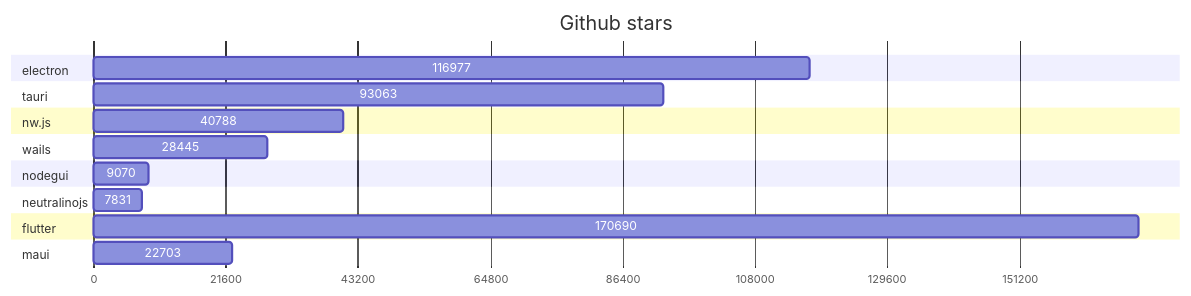
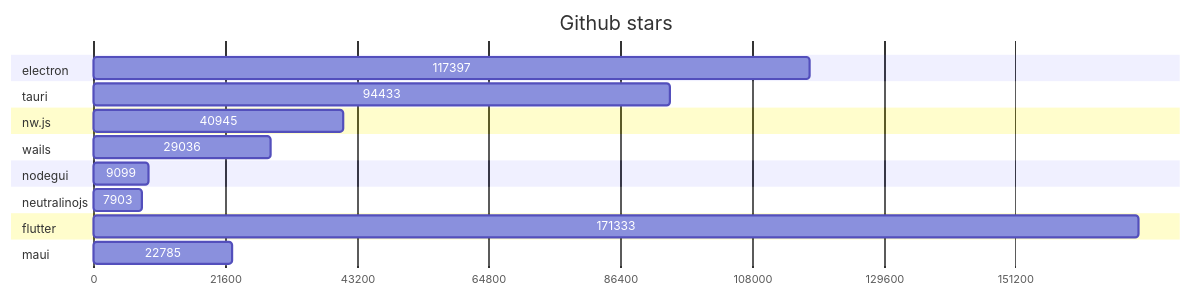
Before and after one commit to Elanis/web-to-desktop-framework-comparison: the first of 2 diagrams in GRAPHS.md, drawn with Mermaid. The commit also changed other lines of this file and 2 other files, not shown here.

Commit message:
Update stars & Fork

````diff
--- a/GRAPHS.md
+++ b/GRAPHS.md
@@ -5,40 +5,40 @@
 ```mermaid
 gantt
     title Github stars
     dateFormat  X
     axisFormat %s
 
 
 	section electron
-	116977 : 0, 116977
+	117397 : 0, 117397
 
 	
 	section tauri
-	93063 : 0, 93063
+	94433 : 0, 94433
 
 	
 	section nw.js
-	40788 : 0, 40788
+	40945 : 0, 40945
 
 	
 	section wails
-	28445 : 0, 28445
+	29036 : 0, 29036
 
 	
 	section nodegui
-	9070 : 0, 9070
+	9099 : 0, 9099
 
 	
 	section neutralinojs
-	7831 : 0, 7831
+	7903 : 0, 7903
 
 	
 	section flutter
-	170690 : 0, 170690
+	171333 : 0, 171333
 
 	
 	section maui
-	22703 : 0, 22703
+	22785 : 0, 22785
 
 	
 ```
````
